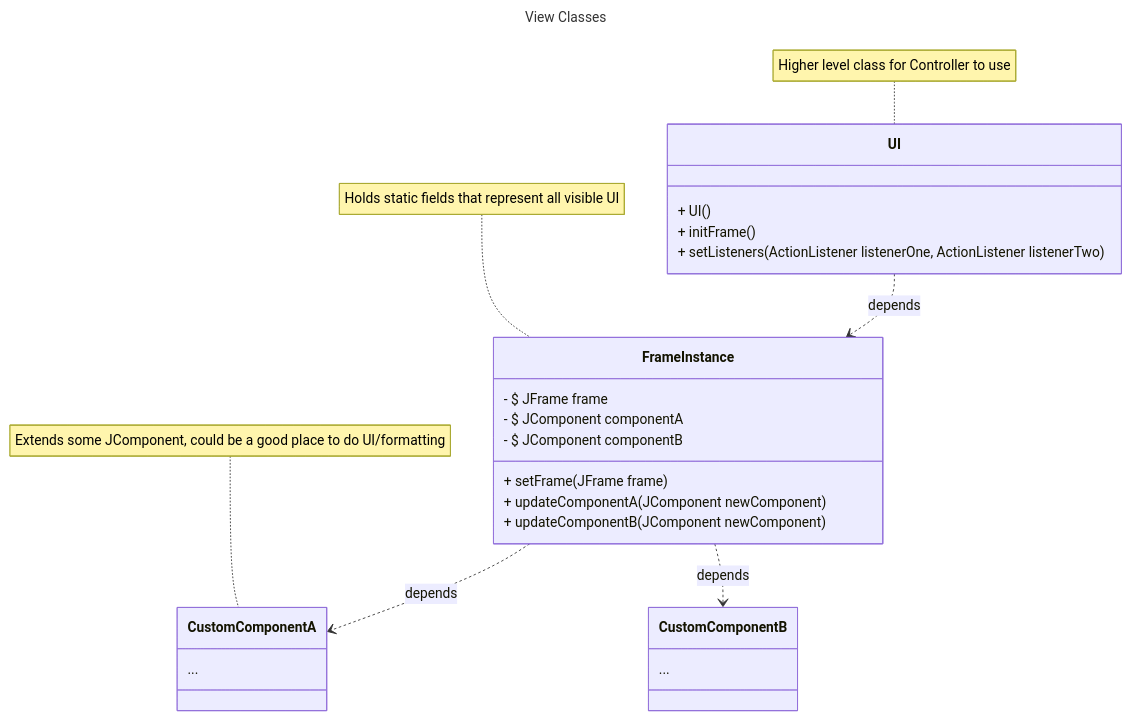
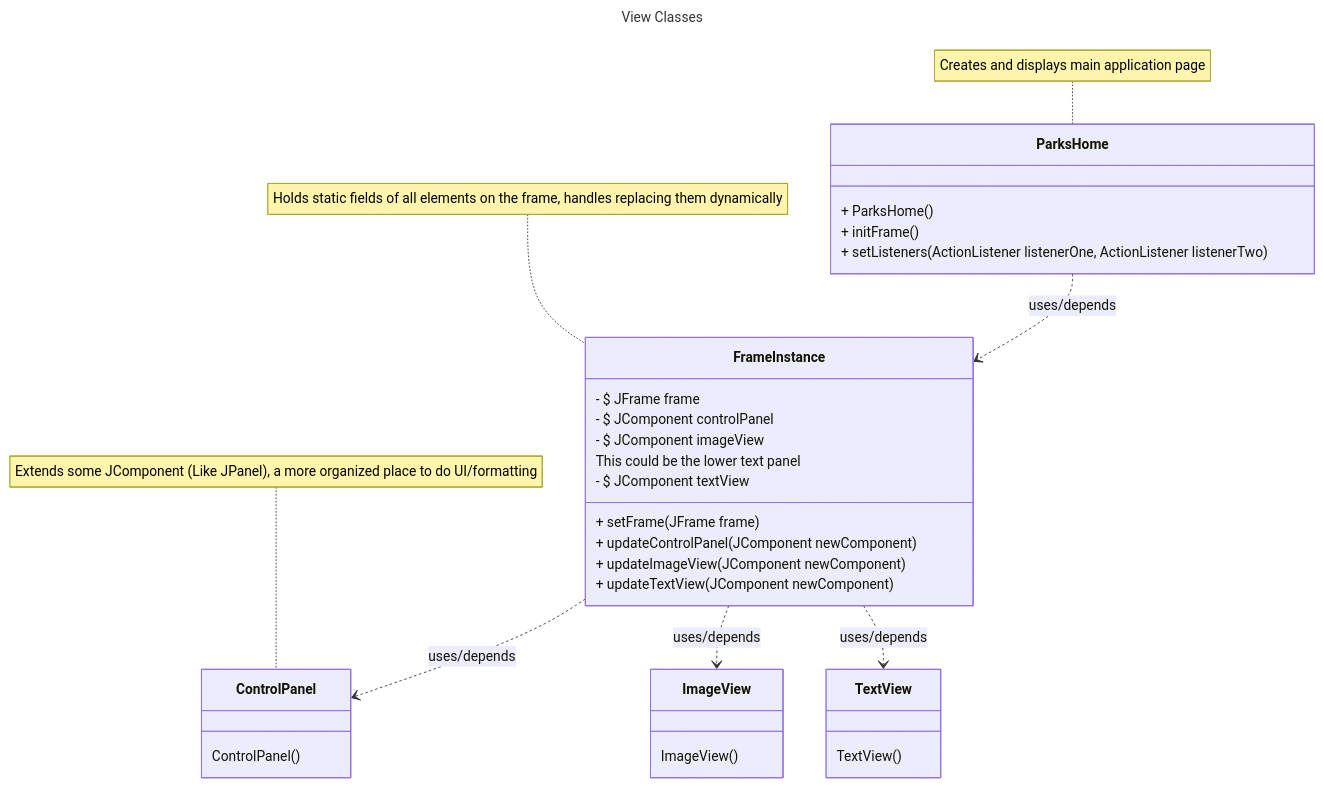
Before and after one commit to Sp25-CS5004-Online-Lionelle/final-project-group-6: the second of 4 diagrams in DesignDocuments/InitialDesign.md, drawn with Mermaid. The commit also changed other lines of this file, not shown here.

````diff
--- a/DesignDocuments/InitialDesign.md
+++ b/DesignDocuments/InitialDesign.md
@@ -58,32 +70,51 @@
 ```mermaid
 ---
 title: View Classes
 ---
 classDiagram
-    note for FrameInstance "Holds static fields that represent all visible UI"
-    UI ..> FrameInstance : depends
-    FrameInstance ..> CustomComponentA : depends
-    FrameInstance ..> CustomComponentB : depends
+    note for FrameInstance "Holds static fields of all elements on the frame, handles replacing them dynamically"
+    %% This is just one way we structure our UI, the benefit to this approach is that we can %%
+    %% change the UI easily from the controller since static fields are accessible anywhere %%
+    ParksHome ..> FrameInstance : uses/depends
+    FrameInstance ..> ControlPanel : uses/depends
+    FrameInstance ..> ImageView : uses/depends
+    FrameInstance ..> TextView : uses/depends
     class FrameInstance {
         - $ JFrame frame
-        - $ JComponent componentA
-        - $ JComponent componentB
+
+        <!-- This could be the upper panel that holds the text box and buttons -->
+        - $ JComponent controlPanel
+
+        <!-- This could be the middle panel that holds the gallery of images -->
+        - $ JComponent imageView
+
+        This could be the lower text panel
+        - $ JComponent textView
+
         + setFrame(JFrame frame)
-        + updateComponentA(JComponent newComponent)
-        + updateComponentB(JComponent newComponent)
+        + updateControlPanel(JComponent newComponent)
+        + updateImageView(JComponent newComponent)
+        + updateTextView(JComponent newComponent)
     }
-    note for CustomComponentA "Extends some JComponent, could be a good place to do UI/formatting"
-    class CustomComponentA {
-        ...
+    note for ControlPanel "Extends some JComponent (Like JPanel), a more organized place to do UI/formatting"
+    class ControlPanel {
+        ControlPanel()
+        <!-- Can call superclass in constructor, then do all the custom UI work here -->
     }
-    class CustomComponentB {
-        ...
+    class ImageView {
+        ImageView()
+        <!-- Can call superclass in constructor, then do all the custom UI work here -->
     }
-    note for UI "Higher level class for Controller to use"
-    class UI {
-        + UI()
+    class TextView {
+        TextView()
+        <!-- Can call superclass in constructor, then do all the custom UI work here -->
+    }
+    note for ParksHome "Creates and displays main application page"
+    class ParksHome {
+        <!-- Assembles all other UI components into the frame, initializes and customizes frame -->
+        + ParksHome()
+        <!-- Uses FrameInstance to add ParksHome to frame -->
         + initFrame()
-        <!-- If we have two many action listeners we could consider making a list of them -->
         + setListeners(ActionListener listenerOne, ActionListener listenerTwo)
     }
 ```
````
